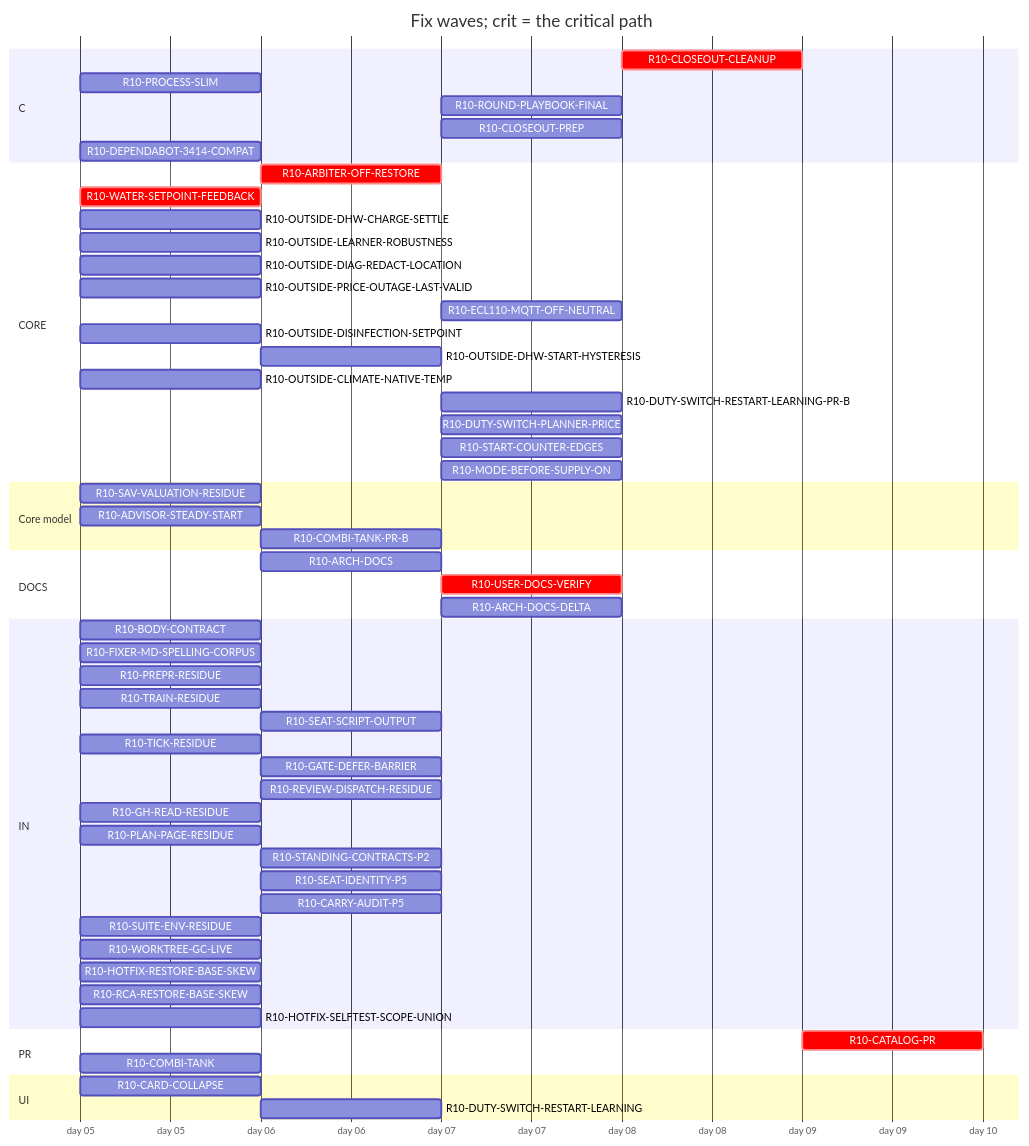
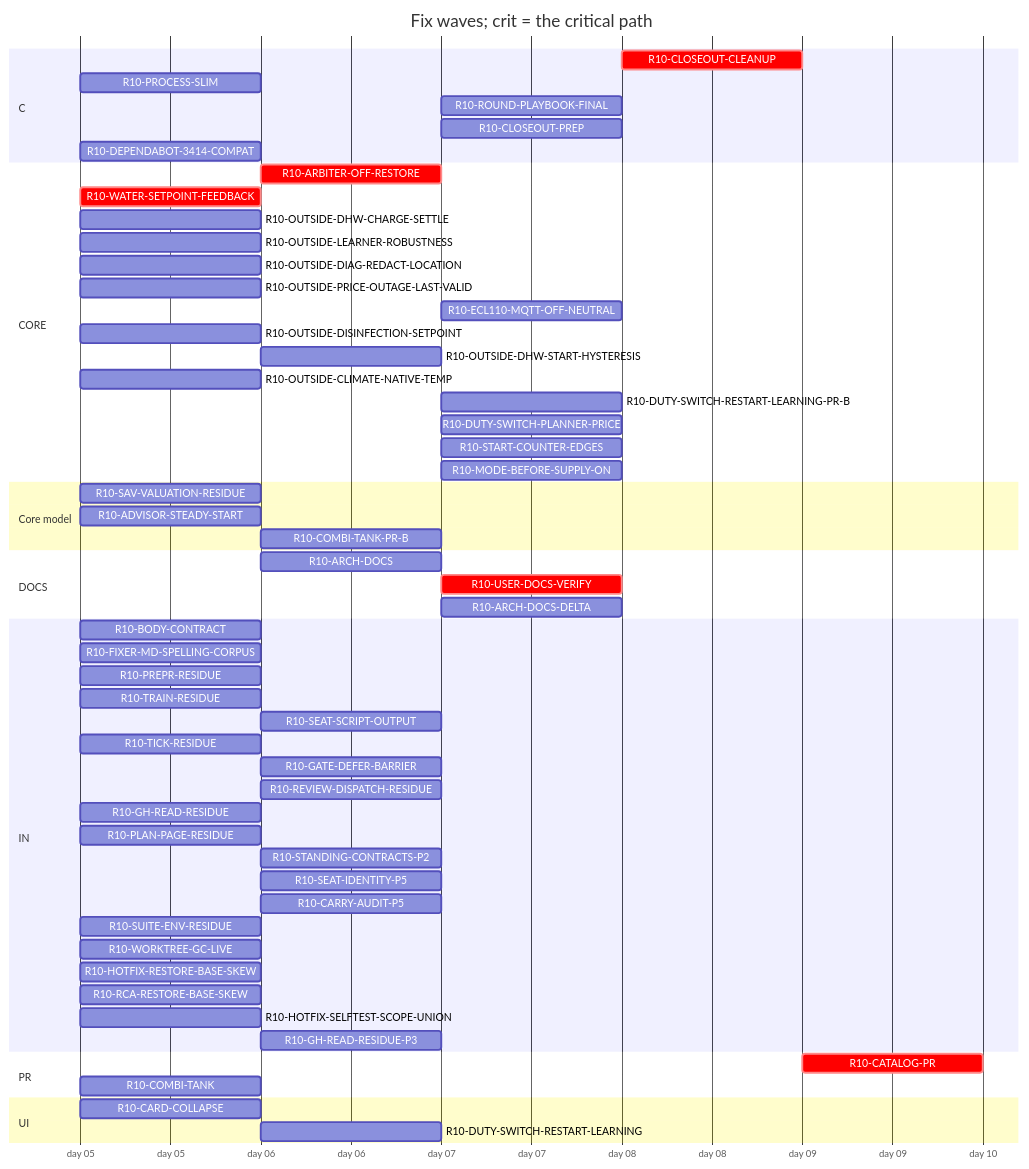
Before and after one commit to tvofi/heatpump_optimizer: the diagram in handoff/round10/state/PLAN-TABLE.md, drawn with Mermaid. The commit also changed other lines of this file and 3 other files, not shown here.

Commit message:
state: FLOW-BOARD.md, NEXT-SESSION-PROMPT.md, PLAN-TABLE.md, PLAN.html, RESUME-CURRENT.md regenerated (state_docs.py)

````diff
--- a/handoff/round10/state/PLAN-TABLE.md
+++ b/handoff/round10/state/PLAN-TABLE.md
@@ -20,60 +20,61 @@
 ```mermaid
 gantt
   title Fix waves; crit = the critical path
   dateFormat YYYY-MM-DD
   axisFormat day %d
   section C
     R10-CLOSEOUT-CLEANUP :crit, r10CLOSEOUTCLEANUP, after r10ARCHDOCS r10USERDOCSVERIFY r10ROUNDPLAYBOOKFINAL r10CLOSEOUTPREP r10ARCHDOCSDELTA, 1d
     R10-PROCESS-SLIM :r10PROCESSSLIM, 2026-01-05, 1d
     R10-ROUND-PLAYBOOK-FINAL :r10ROUNDPLAYBOOKFINAL, after r10BODYCONTRACT r10PROCESSSLIM r10FIXERMDSPELLINGCORPUS r10PREPRRESIDUE r10SEATSCRIPTOUTPUT r10REVIEWDISPATCHRESIDUE r10CARRYAUDITP5 r10TICKRESIDUE r10SEATIDENTITYP5 r10STANDINGCONTRACTSP2 r10PLANPAGERESIDUE r10TRAINRESIDUE r10GHREADRESIDUE r10SUITEENVRESIDUE r10GATEDEFERBARRIER r10WORKTREEGCLIVE, 1d
     R10-CLOSEOUT-PREP :r10CLOSEOUTPREP, after r10ARCHDOCS r10BODYCONTRACT r10PROCESSSLIM r10FIXERMDSPELLINGCORPUS r10PREPRRESIDUE r10SEATSCRIPTOUTPUT r10REVIEWDISPATCHRESIDUE r10CARRYAUDITP5 r10TICKRESIDUE r10SEATIDENTITYP5 r10STANDINGCONTRACTSP2 r10PLANPAGERESIDUE r10TRAINRESIDUE r10GHREADRESIDUE r10SUITEENVRESIDUE r10GATEDEFERBARRIER r10WORKTREEGCLIVE, 1d
     R10-DEPENDABOT-3414-COMPAT :r10DEPENDABOT3414COMPAT, 2026-01-05, 1d
   section CORE
     R10-ARBITER-OFF-RESTORE :crit, r10ARBITEROFFRESTORE, after r10WATERSETPOINTFEEDBACK, 1d
     R10-WATER-SETPOINT-FEEDBACK :crit, r10WATERSETPOINTFEEDBACK, 2026-01-05, 1d
     R10-OUTSIDE-DHW-CHARGE-SETTLE :r10OUTSIDEDHWCHARGESETTLE, 2026-01-05, 1d
     R10-OUTSIDE-LEARNER-ROBUSTNESS :r10OUTSIDELEARNERROBUSTNESS, 2026-01-05, 1d
     R10-OUTSIDE-DIAG-REDACT-LOCATION :r10OUTSIDEDIAGREDACTLOCATION, 2026-01-05, 1d
     R10-OUTSIDE-PRICE-OUTAGE-LAST-VALID :r10OUTSIDEPRICEOUTAGELASTVALID, 2026-01-05, 1d
     R10-ECL110-MQTT-OFF-NEUTRAL :r10ECL110MQTTOFFNEUTRAL, after r10ARBITEROFFRESTORE, 1d
     R10-OUTSIDE-DISINFECTION-SETPOINT :r10OUTSIDEDISINFECTIONSETPOINT, 2026-01-05, 1d
     R10-OUTSIDE-DHW-START-HYSTERESIS :r10OUTSIDEDHWSTARTHYSTERESIS, after r10OUTSIDEDISINFECTIONSETPOINT, 1d
     R10-OUTSIDE-CLIMATE-NATIVE-TEMP :r10OUTSIDECLIMATENATIVETEMP, 2026-01-05, 1d
     R10-DUTY-SWITCH-RESTART-LEARNING-PR-B :r10DUTYSWITCHRESTARTLEARNINGPRB, after r10DUTYSWITCHRESTARTLEARNING, 1d
     R10-DUTY-SWITCH-PLANNER-PRICE :r10DUTYSWITCHPLANNERPRICE, after r10DUTYSWITCHRESTARTLEARNING, 1d
     R10-START-COUNTER-EDGES :r10STARTCOUNTEREDGES, after r10DUTYSWITCHRESTARTLEARNING, 1d
     R10-MODE-BEFORE-SUPPLY-ON :r10MODEBEFORESUPPLYON, after r10DUTYSWITCHRESTARTLEARNING, 1d
   section Core model
     R10-SAV-VALUATION-RESIDUE :r10SAVVALUATIONRESIDUE, 2026-01-05, 1d
     R10-ADVISOR-STEADY-START :r10ADVISORSTEADYSTART, 2026-01-05, 1d
     R10-COMBI-TANK-PR-B :r10COMBITANKPRB, after r10COMBITANK, 1d
   section DOCS
     R10-ARCH-DOCS :r10ARCHDOCS, after r10BODYCONTRACT r10PROCESSSLIM, 1d
     R10-USER-DOCS-VERIFY :crit, r10USERDOCSVERIFY, after r10ARBITEROFFRESTORE r10COMBITANK, 1d
     R10-ARCH-DOCS-DELTA :r10ARCHDOCSDELTA, after r10ARCHDOCS r10ARBITEROFFRESTORE r10COMBITANK r10SAVVALUATIONRESIDUE r10ADVISORSTEADYSTART r10COMBITANKPRB, 1d
   section IN
     R10-BODY-CONTRACT :r10BODYCONTRACT, 2026-01-05, 1d
     R10-FIXER-MD-SPELLING-CORPUS :r10FIXERMDSPELLINGCORPUS, 2026-01-05, 1d
     R10-PREPR-RESIDUE :r10PREPRRESIDUE, 2026-01-05, 1d
     R10-TRAIN-RESIDUE :r10TRAINRESIDUE, 2026-01-05, 1d
     R10-SEAT-SCRIPT-OUTPUT :r10SEATSCRIPTOUTPUT, after r10TRAINRESIDUE, 1d
     R10-TICK-RESIDUE :r10TICKRESIDUE, 2026-01-05, 1d
     R10-GATE-DEFER-BARRIER :r10GATEDEFERBARRIER, after r10TRAINRESIDUE r10TICKRESIDUE, 1d
     R10-REVIEW-DISPATCH-RESIDUE :r10REVIEWDISPATCHRESIDUE, after r10PROCESSSLIM, 1d
     R10-GH-READ-RESIDUE :r10GHREADRESIDUE, 2026-01-05, 1d
     R10-PLAN-PAGE-RESIDUE :r10PLANPAGERESIDUE, 2026-01-05, 1d
     R10-STANDING-CONTRACTS-P2 :r10STANDINGCONTRACTSP2, after r10FIXERMDSPELLINGCORPUS, 1d
     R10-SEAT-IDENTITY-P5 :r10SEATIDENTITYP5, after r10TICKRESIDUE, 1d
     R10-CARRY-AUDIT-P5 :r10CARRYAUDITP5, after r10BODYCONTRACT, 1d
     R10-SUITE-ENV-RESIDUE :r10SUITEENVRESIDUE, 2026-01-05, 1d
     R10-WORKTREE-GC-LIVE :r10WORKTREEGCLIVE, 2026-01-05, 1d
     R10-HOTFIX-RESTORE-BASE-SKEW :r10HOTFIXRESTOREBASESKEW, 2026-01-05, 1d
     R10-RCA-RESTORE-BASE-SKEW :r10RCARESTOREBASESKEW, 2026-01-05, 1d
     R10-HOTFIX-SELFTEST-SCOPE-UNION :r10HOTFIXSELFTESTSCOPEUNION, 2026-01-05, 1d
+    R10-GH-READ-RESIDUE-P3 :r10GHREADRESIDUEP3, after r10TICKRESIDUE r10GHREADRESIDUE, 1d
   section PR
     R10-CATALOG-PR :crit, r10CATALOGPR, after r10USERDOCSVERIFY r10ARCHDOCS r10ROUNDPLAYBOOKFINAL r10CLOSEOUTCLEANUP r10CLOSEOUTPREP r10ARCHDOCSDELTA, 1d
     R10-COMBI-TANK :r10COMBITANK, 2026-01-05, 1d
   section UI
     R10-CARD-COLLAPSE :r10CARDCOLLAPSE, 2026-01-05, 1d
     R10-DUTY-SWITCH-RESTART-LEARNING :r10DUTYSWITCHRESTARTLEARNING, after r10WATERSETPOINTFEEDBACK, 1d
 ```
````
